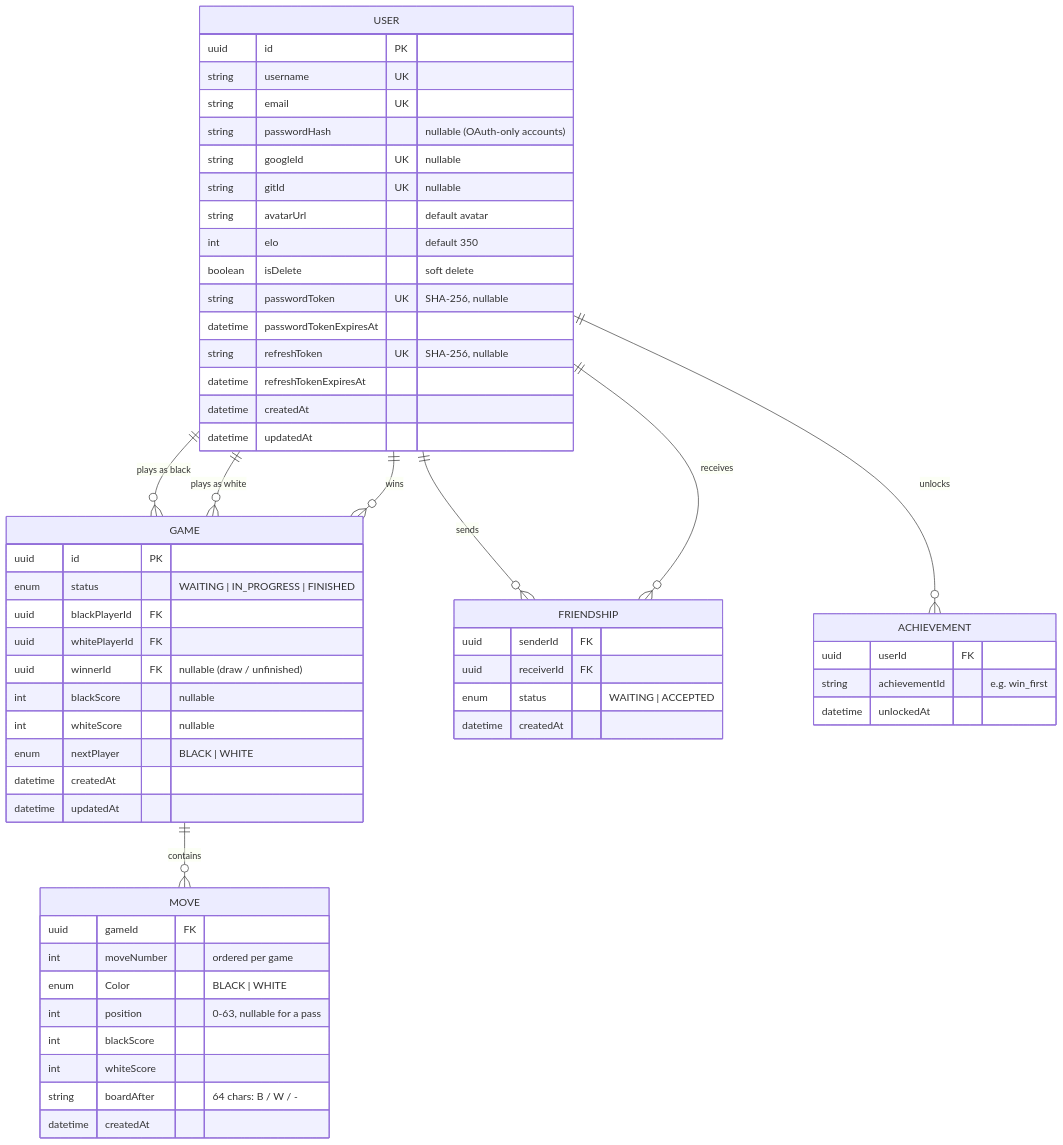
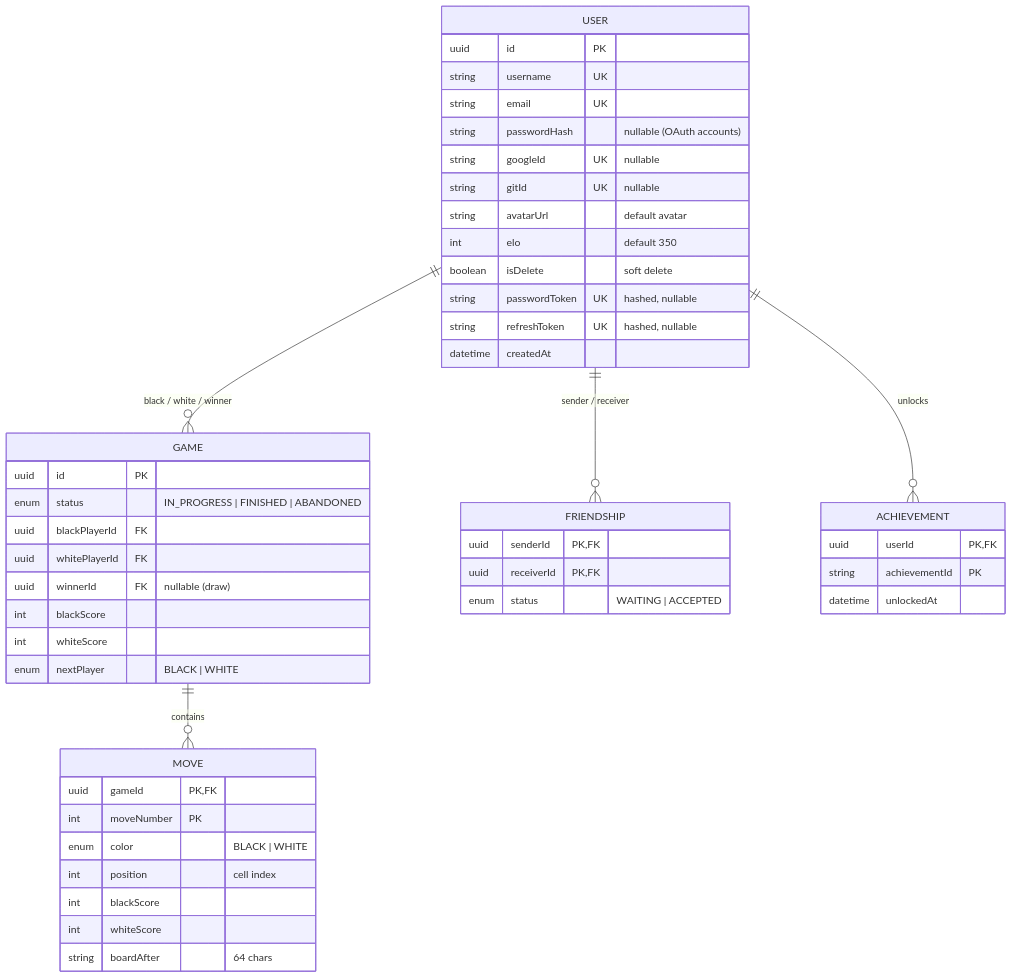
The diagram in README.md (HopHouse13/42_ft_transcendence), drawn with Mermaid before and after one commit. The commit also changed other lines of this file and 1 other file, not shown here.

Commit message:
doc(readMe): add final version after review by team members

````diff
--- a/README.md
+++ b/README.md
@@ -256,65 +176,51 @@
 ```mermaid
 erDiagram
-    USER ||--o{ GAME : "plays as black"
-    USER ||--o{ GAME : "plays as white"
-    USER ||--o{ GAME : "wins"
-    GAME ||--o{ MOVE : "contains"
-    USER ||--o{ FRIENDSHIP : "sends"
-    USER ||--o{ FRIENDSHIP : "receives"
-    USER ||--o{ ACHIEVEMENT : "unlocks"
+    USER ||--o{ GAME : "black / white / winner"
+    GAME ||--o{ MOVE : contains
+    USER ||--o{ FRIENDSHIP : "sender / receiver"
+    USER ||--o{ ACHIEVEMENT : unlocks
 
     USER {
         uuid id PK
         string username UK
         string email UK
-        string passwordHash "nullable (OAuth-only accounts)"
+        string passwordHash "nullable (OAuth accounts)"
         string googleId UK "nullable"
         string gitId UK "nullable"
         string avatarUrl "default avatar"
         int elo "default 350"
         boolean isDelete "soft delete"
-        string passwordToken UK "SHA-256, nullable"
-        datetime passwordTokenExpiresAt
-        string refreshToken UK "SHA-256, nullable"
-        datetime refreshTokenExpiresAt
+        string passwordToken UK "hashed, nullable"
+        string refreshToken UK "hashed, nullable"
         datetime createdAt
-        datetime updatedAt
     }
-
     GAME {
         uuid id PK
-        enum status "WAITING | IN_PROGRESS | FINISHED"
+        enum status "IN_PROGRESS | FINISHED | ABANDONED"
         uuid blackPlayerId FK
         uuid whitePlayerId FK
-        uuid winnerId FK "nullable (draw / unfinished)"
-        int blackScore "nullable"
-        int whiteScore "nullable"
-        enum nextPlayer "BLACK | WHITE"
-        datetime createdAt
-        datetime updatedAt
-    }
-
-    MOVE {
-        uuid gameId FK
-        int moveNumber "ordered per game"
-        enum Color "BLACK | WHITE"
-        int position "0-63, nullable for a pass"
+        uuid winnerId FK "nullable (draw)"
         int blackScore
         int whiteScore
-        string boardAfter "64 chars: B / W / -"
-        datetime createdAt
+        enum nextPlayer "BLACK | WHITE"
     }
-
+    MOVE {
+        uuid gameId PK,FK
+        int moveNumber PK
+        enum color "BLACK | WHITE"
+        int position "cell index"
+        int blackScore
+        int whiteScore
+        string boardAfter "64 chars"
+    }
     FRIENDSHIP {
-        uuid senderId FK
-        uuid receiverId FK
+        uuid senderId PK,FK
+        uuid receiverId PK,FK
         enum status "WAITING | ACCEPTED"
-        datetime createdAt
     }
-
     ACHIEVEMENT {
-        uuid userId FK
-        string achievementId "e.g. win_first"
+        uuid userId PK,FK
+        string achievementId PK
         datetime unlockedAt
     }
 ```
````
